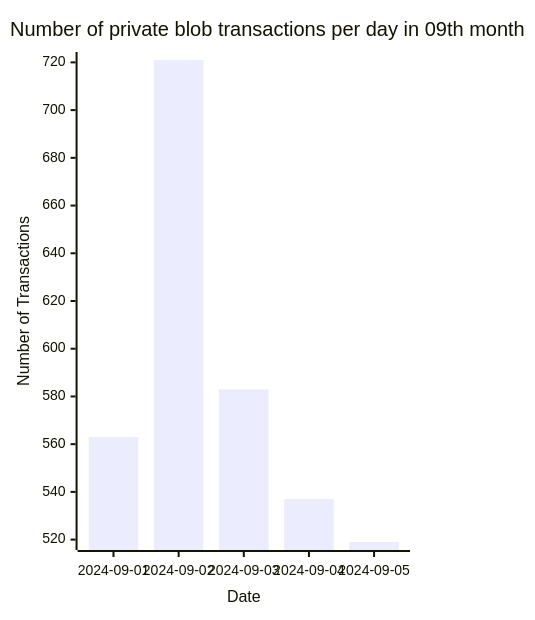
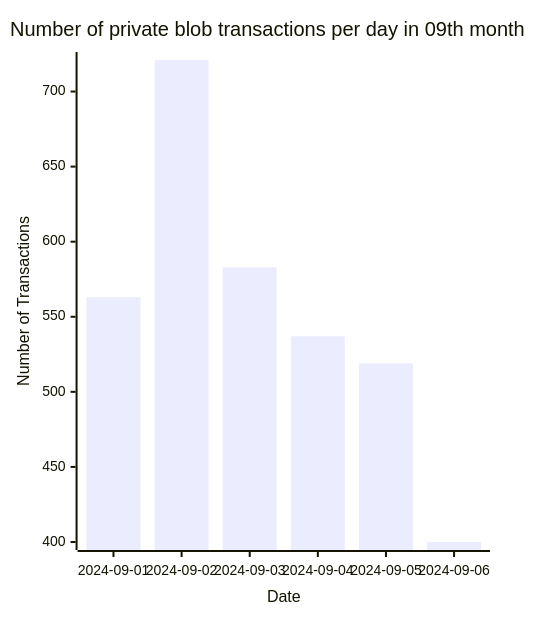
Before and after one commit to Amit0617/eip4844-data: the seventh of 7 diagrams in README.md, drawn with Mermaid. The commit also changed 1 other file, not shown here.

````diff
--- a/README.md
+++ b/README.md
@@ -79,12 +79,12 @@
 ```mermaid
 ---
 config:
     xyChart:
-        width: 400
+        width: 480
         height: 600
 ---
 xychart-beta title "Number of private blob transactions per day in 09th month"
-x-axis "Date" [2024-09-01,2024-09-02,2024-09-03,2024-09-04,2024-09-05]
+x-axis "Date" [2024-09-01,2024-09-02,2024-09-03,2024-09-04,2024-09-05,2024-09-06]
 y-axis "Number of Transactions"
-bar[563,721,583,537,519]
+bar[563,721,583,537,519,400]
 ```
````
